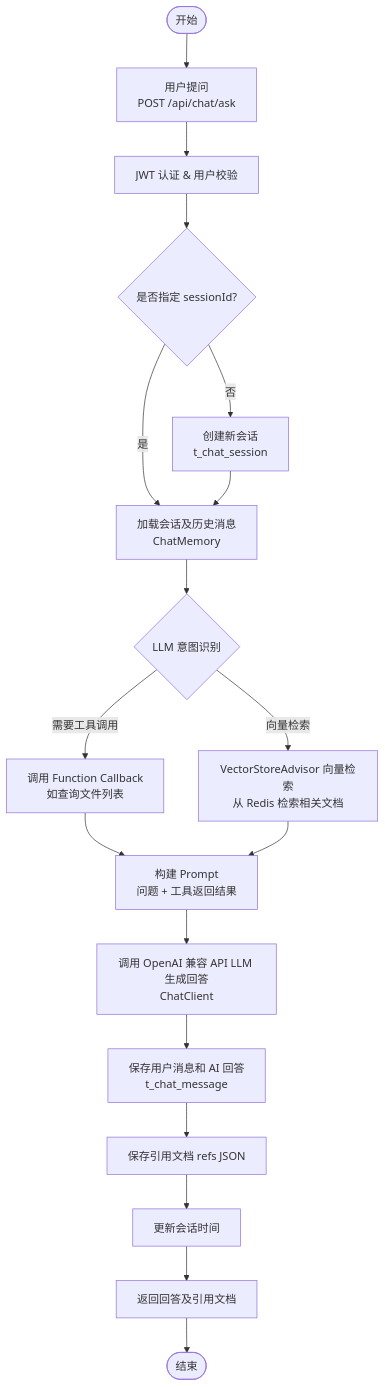
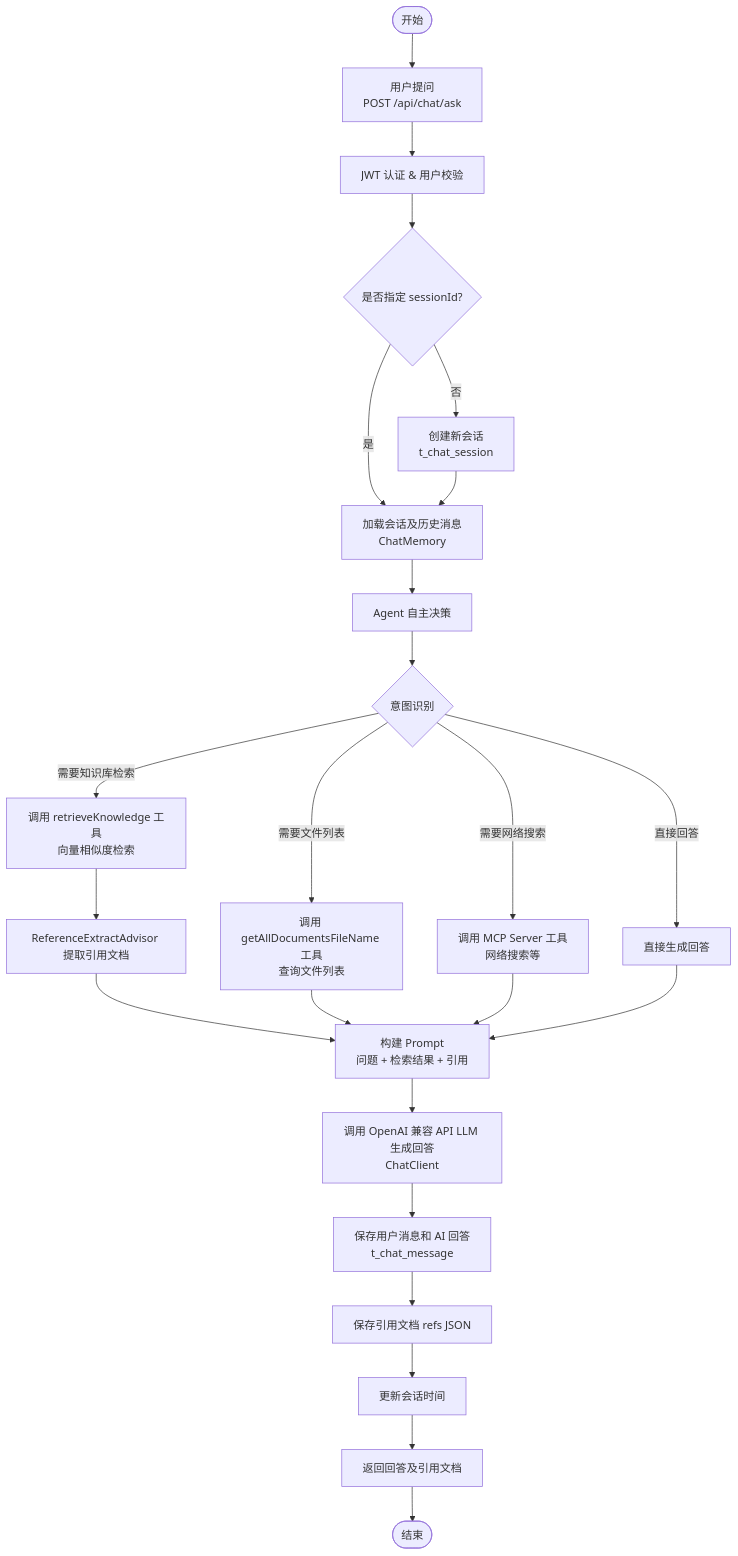
The fourth of 6 diagrams in md/architecture.md (Utomcat/spring-ai-rag-agent), drawn with Mermaid before and after one commit. The commit also changed other lines of this file and 6 other files, not shown here.

````diff
--- a/md/architecture.md
+++ b/md/architecture.md
@@ -238,20 +242,26 @@
 ```mermaid
 flowchart TD
     Start([开始]) --> Ask[用户提问<br/>POST /api/chat/ask]
     Ask --> Auth[JWT 认证 & 用户校验]
     Auth --> GetSession{是否指定 sessionId?}
     GetSession -->|是| LoadSession[加载会话及历史消息<br/>ChatMemory]
     GetSession -->|否| CreateSession[创建新会话<br/>t_chat_session]
     CreateSession --> LoadSession
-    LoadSession --> IntentDetect{LLM 意图识别}
-    IntentDetect -->|需要工具调用| CallTool[调用 Function Callback<br/>如查询文件列表]
-    IntentDetect -->|向量检索| Retrieve[VectorStoreAdvisor 向量检索<br/>从 Redis 检索相关文档]
-    CallTool --> BuildPrompt[构建 Prompt<br/>问题 + 工具返回结果]
-    Retrieve --> BuildPrompt
+    LoadSession --> AgentCall[Agent 自主决策]
+    AgentCall --> IntentDetect{意图识别}
+    IntentDetect -->|需要知识库检索| CallRetrieval[调用 retrieveKnowledge 工具<br/>向量相似度检索]
+    IntentDetect -->|需要文件列表| CallDocList[调用 getAllDocumentsFileName 工具<br/>查询文件列表]
+    IntentDetect -->|需要网络搜索| CallMcp[调用 MCP Server 工具<br/>网络搜索等]
+    IntentDetect -->|直接回答| DirectAnswer[直接生成回答]
+    CallRetrieval --> ExtractRefs[ReferenceExtractAdvisor 提取引用文档]
+    ExtractRefs --> BuildPrompt[构建 Prompt<br/>问题 + 检索结果 + 引用]
+    CallDocList --> BuildPrompt
+    CallMcp --> BuildPrompt
+    DirectAnswer --> BuildPrompt
     BuildPrompt --> CallLLM[调用 OpenAI 兼容 API LLM 生成回答<br/>ChatClient]
     CallLLM --> SaveMsg[保存用户消息和 AI 回答<br/>t_chat_message]
     SaveMsg --> SaveRefs[保存引用文档 refs JSON]
     SaveRefs --> UpdateSession[更新会话时间]
     UpdateSession --> Return[返回回答及引用文档]
     Return --> End([结束])
 ```
````
